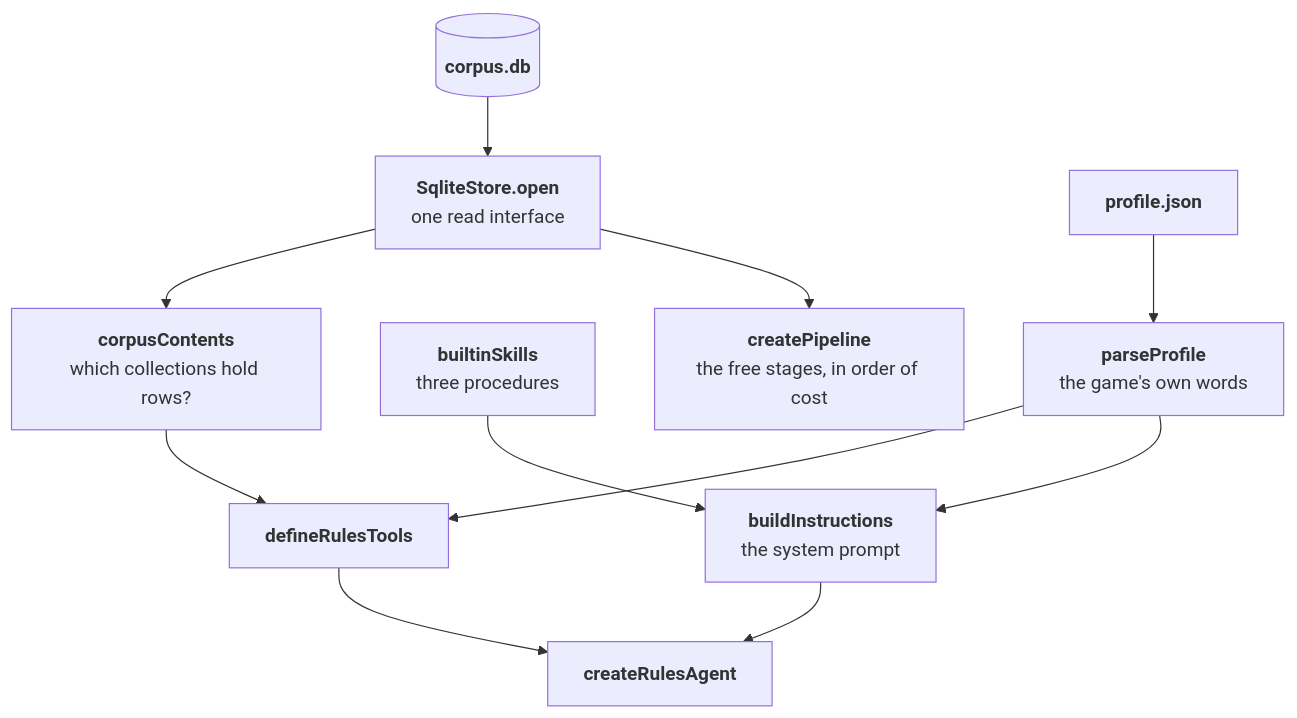
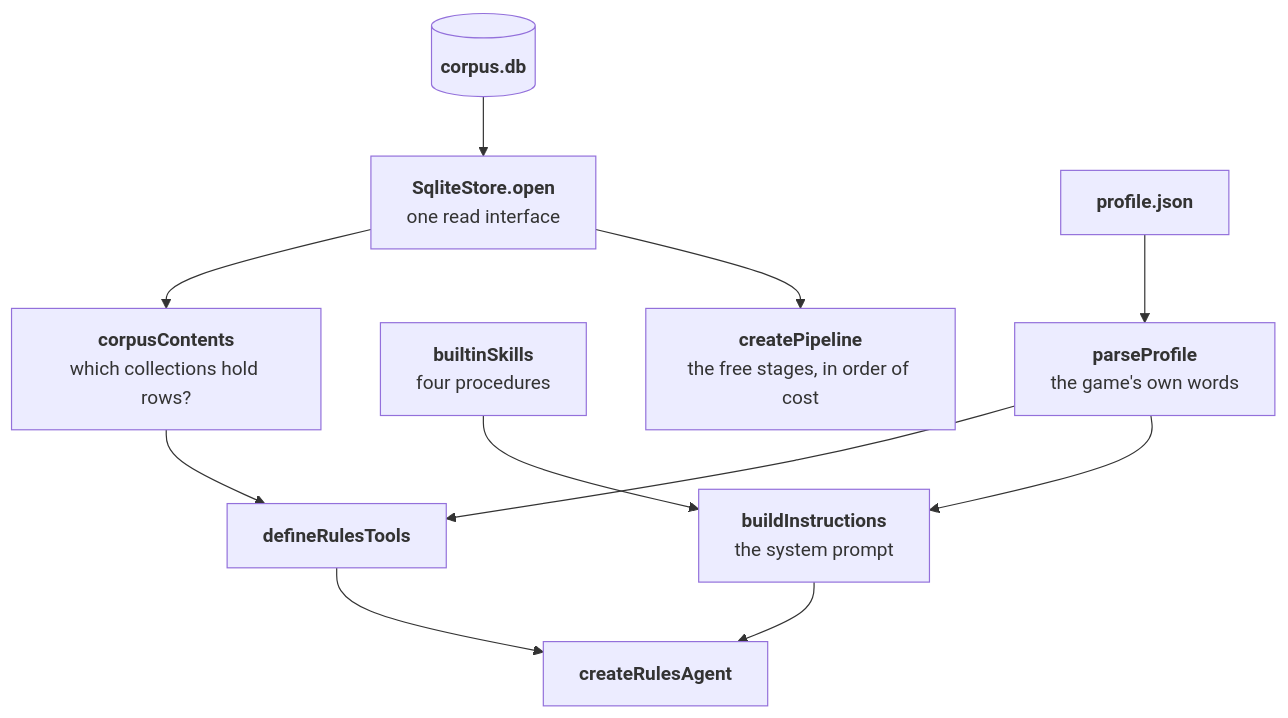
One commit to rulekitai/rulekit changed the second of 5 diagrams in docs/architecture.md. Above: the diagram before and after it, drawn with Mermaid. The commit also changed other lines of this file and 87 other files, not shown here.

````diff
--- a/docs/architecture.md
+++ b/docs/architecture.md
@@ -24,20 +24,20 @@
 ```mermaid
 flowchart TB
     DB[("`**corpus.db**`")] --> STORE["`**SqliteStore.open**
         one read interface`"]
     PROFILE["`**profile.json**`"] --> PARSED["`**parseProfile**
         the game's own words`"]
     SKILLS["`**builtinSkills**
-        three procedures`"] --> PROMPT
+        four procedures`"] --> PROMPT
 
     STORE --> CONTENTS["`**corpusContents**
         which collections hold rows?`"]
     CONTENTS --> TOOLS["`**defineRulesTools**`"]
     PARSED --> TOOLS
     PARSED --> PROMPT["`**buildInstructions**
         the system prompt`"]
     TOOLS --> AGENT["`**createRulesAgent**`"]
     PROMPT --> AGENT
     STORE --> PIPELINE["`**createPipeline**
         the free stages, in order of cost`"]
 ```
````
